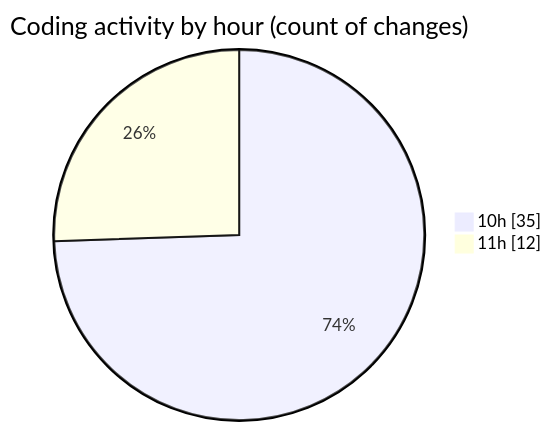
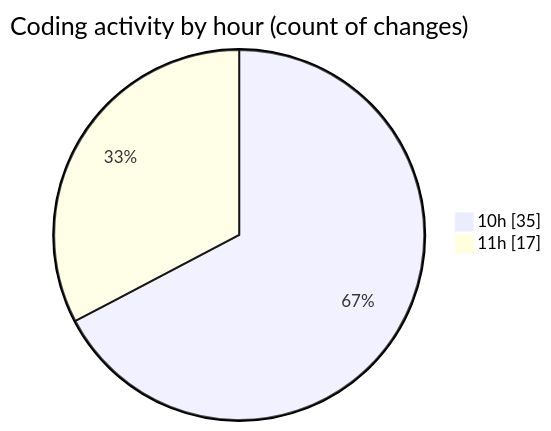
Before and after one commit to momahboobian/code-tracking: the second of 2 diagrams in 2025-03-26/cda/README.md, drawn with Mermaid. The commit also changed other lines of this file and 1 other file, not shown here.

````diff
--- a/2025-03-26/cda/README.md
+++ b/2025-03-26/cda/README.md
@@ -50,6 +52,6 @@
 ```mermaid
 pie showData
 title Coding activity by hour (count of changes)
 "10h" : 35
-"11h" : 12
+"11h" : 17
 ```
````
